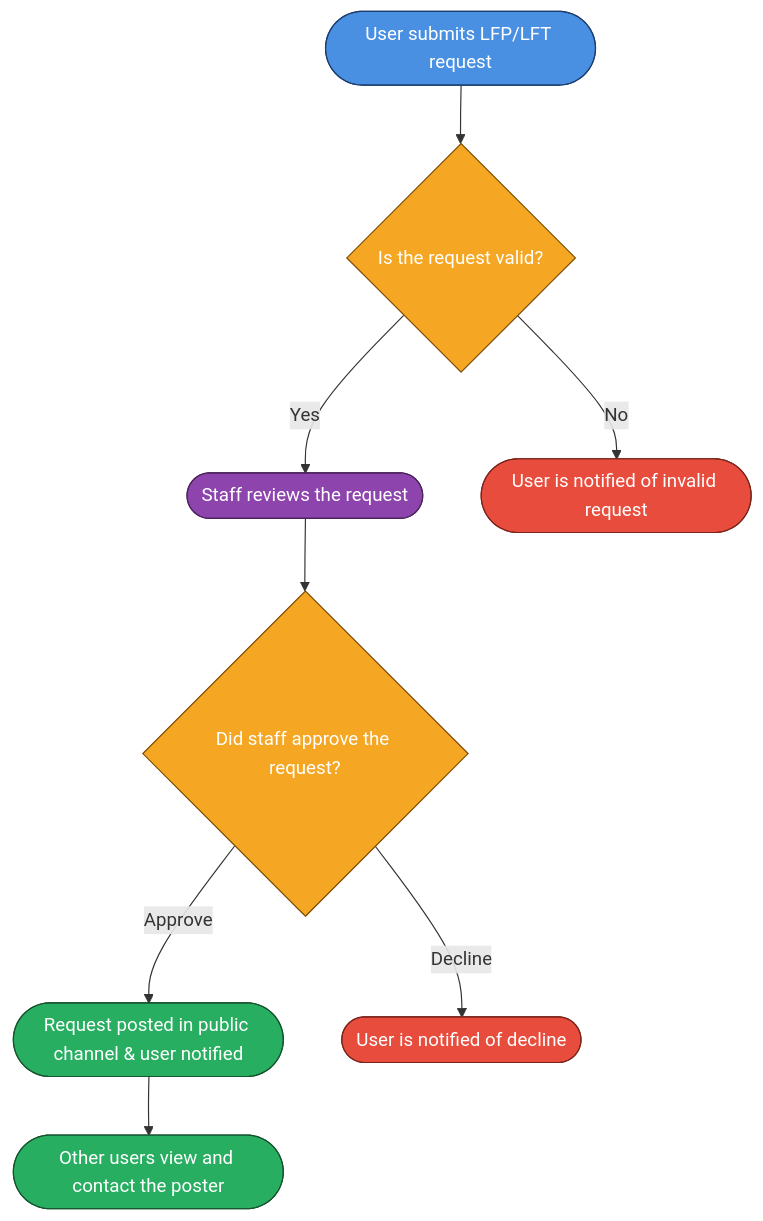
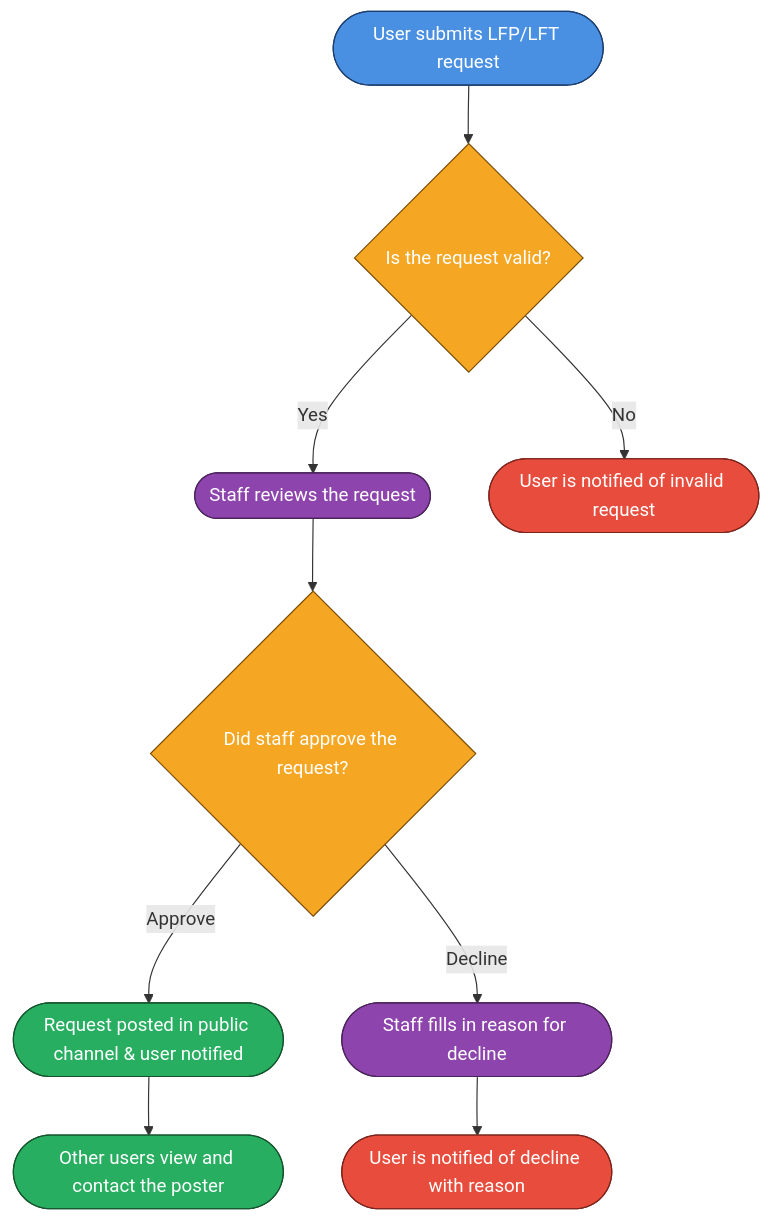
The first of 2 diagrams in docs/Lfp-Lft System.md (MonishKrishna2009/Apatite-Bot), drawn with Mermaid before and after one commit. The commit also changed other lines of this file, not shown here.

Commit message:
fix: Enhance flowchart clarity by detailing decline reasons and refining request management steps

````diff
--- a/docs/Lfp-Lft System.md
+++ b/docs/Lfp-Lft System.md
@@ -16,20 +16,21 @@
 ```mermaid
 flowchart TD
     A([User submits LFP/LFT request]):::user --> B{Is the request valid?}:::decision
     
     B -- Yes --> C([Staff reviews the request]):::process
     B -- No --> D([User is notified of invalid request]):::error
     
     C --> E{Did staff approve the request?}:::decision
     E -- Approve --> F([Request posted in public channel & user notified]):::success
-    E -- Decline --> G([User is notified of decline]):::error
+    E -- Decline --> G([Staff fills in reason for decline]):::process
+    G --> H([User is notified of decline with reason]):::error
     
-    F --> H([Other users view and contact the poster]):::success
+    F --> I([Other users view and contact the poster]):::success
 
     %% Styles
     classDef user fill:#4A90E2,stroke:#1C3D6E,color:#fff;
     classDef decision fill:#F5A623,stroke:#7A4A00,color:#fff;
     classDef process fill:#8E44AD,stroke:#4A235A,color:#fff;
     classDef success fill:#27AE60,stroke:#14532D,color:#fff;
     classDef error fill:#E74C3C,stroke:#7B241C,color:#fff;
 ```
````
